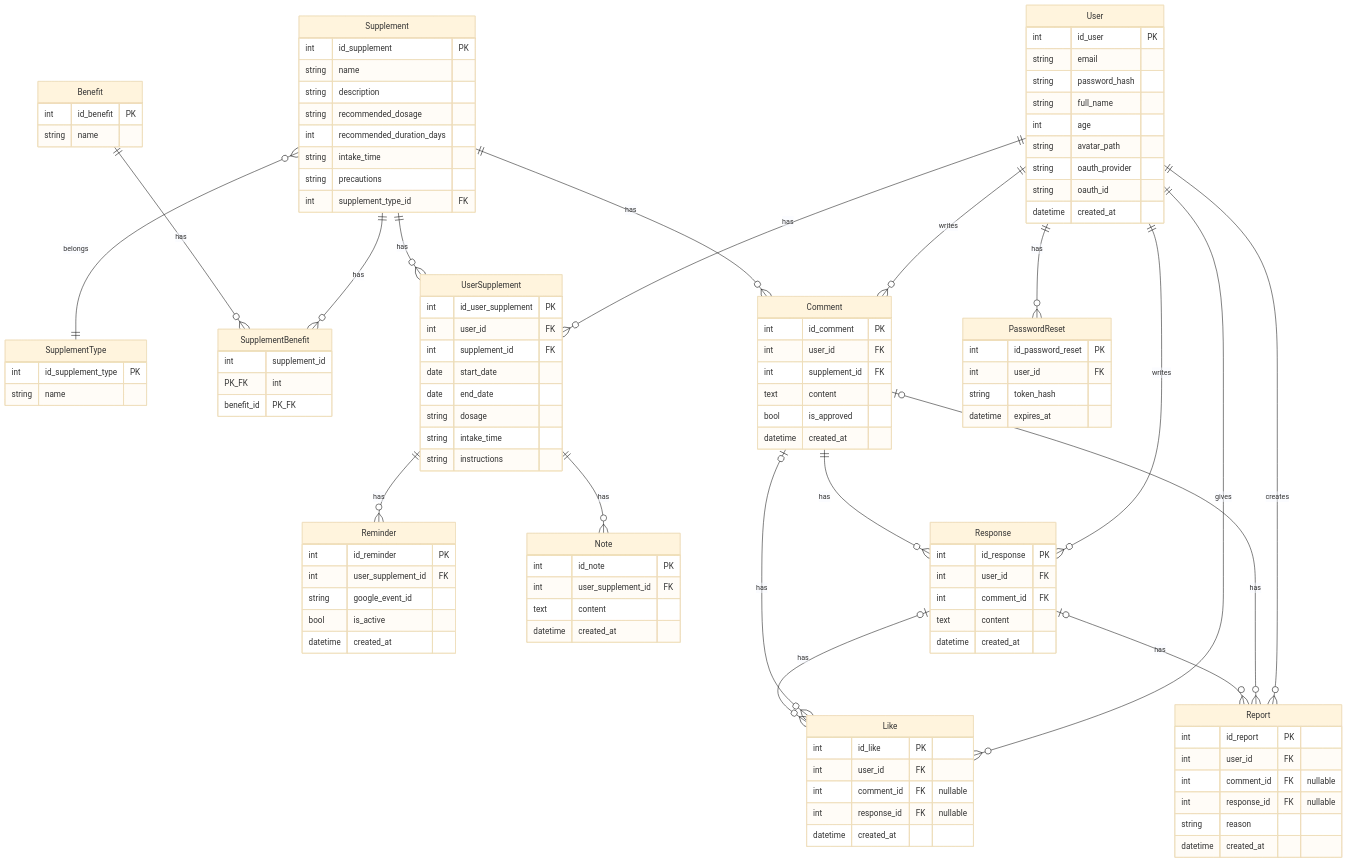
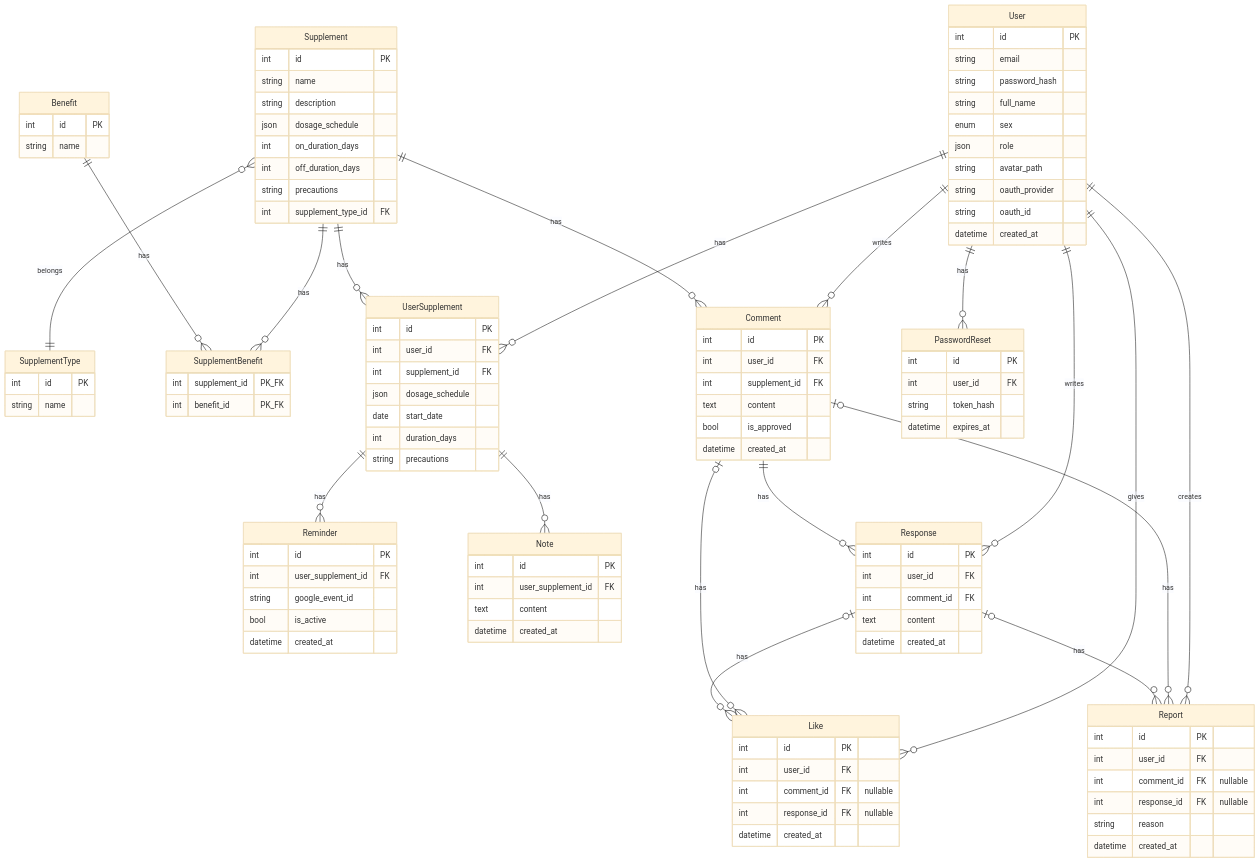
The diagram in dossier-projet/MLD.md (ArchilaRojas-Javier/project-final-cdpi), drawn with Mermaid (base theme) before and after one commit. The commit also changed 1 other file, not shown here.

Commit message:
MLD modified

````diff
--- a/dossier-projet/MLD.md
+++ b/dossier-projet/MLD.md
@@ -5,11 +5,12 @@
 ```mermaid
 erDiagram
     User {
-        int id_user PK
+        int id PK
         string email
         string password_hash
         string full_name
-        int age
+        enum sex
+        json role
         string avatar_path
         string oauth_provider
         string oauth_id
@@ -17,44 +18,43 @@
     }
 
     SupplementType {
-        int id_supplement_type PK
+        int id PK
         string name
     }
 
     Supplement {
-        int id_supplement PK
+        int id PK
         string name
         string description
-        string recommended_dosage
-        int recommended_duration_days
-        string intake_time
+        json dosage_schedule
+        int on_duration_days
+        int off_duration_days
         string precautions
         int supplement_type_id FK
     }
 
     Benefit {
-        int id_benefit PK
+        int id PK
         string name
     }
 
     SupplementBenefit {
-        int supplement_id PK_FK
-        int benefit_id PK_FK
+        int supplement_id "PK_FK"
+        int benefit_id "PK_FK"
     }
 
     UserSupplement {
-        int id_user_supplement PK
+        int id PK
         int user_id FK
         int supplement_id FK
+        json dosage_schedule
         date start_date
-        date end_date
-        string dosage
-        string intake_time
-        string instructions
+        int duration_days
+        string precautions
     }
 
     Reminder {
-        int id_reminder PK
+        int id PK
         int user_supplement_id FK
         string google_event_id
         bool is_active
@@ -62,14 +62,14 @@
     }
 
     Note {
-        int id_note PK
+        int id PK
         int user_supplement_id FK
         text content
         datetime created_at
     }
 
     Comment {
-        int id_comment PK
+        int id PK
         int user_id FK
         int supplement_id FK
         text content
@@ -78,7 +78,7 @@
     }
 
     Response {
-        int id_response PK
+        int id PK
         int user_id FK
         int comment_id FK
         text content
@@ -86,7 +86,7 @@
     }
 
        Like {
-        int id_like PK
+        int id PK
         int user_id FK
         int comment_id FK "nullable"
         int response_id FK "nullable"
@@ -94,7 +94,7 @@
     }
 
     Report {
-        int id_report PK
+        int id PK
         int user_id FK
         int comment_id FK "nullable"
         int response_id FK "nullable"
@@ -103,7 +103,7 @@
     }
 
     PasswordReset {
-        int id_password_reset PK
+        int id PK
         int user_id FK
         string token_hash
         datetime expires_at
````
